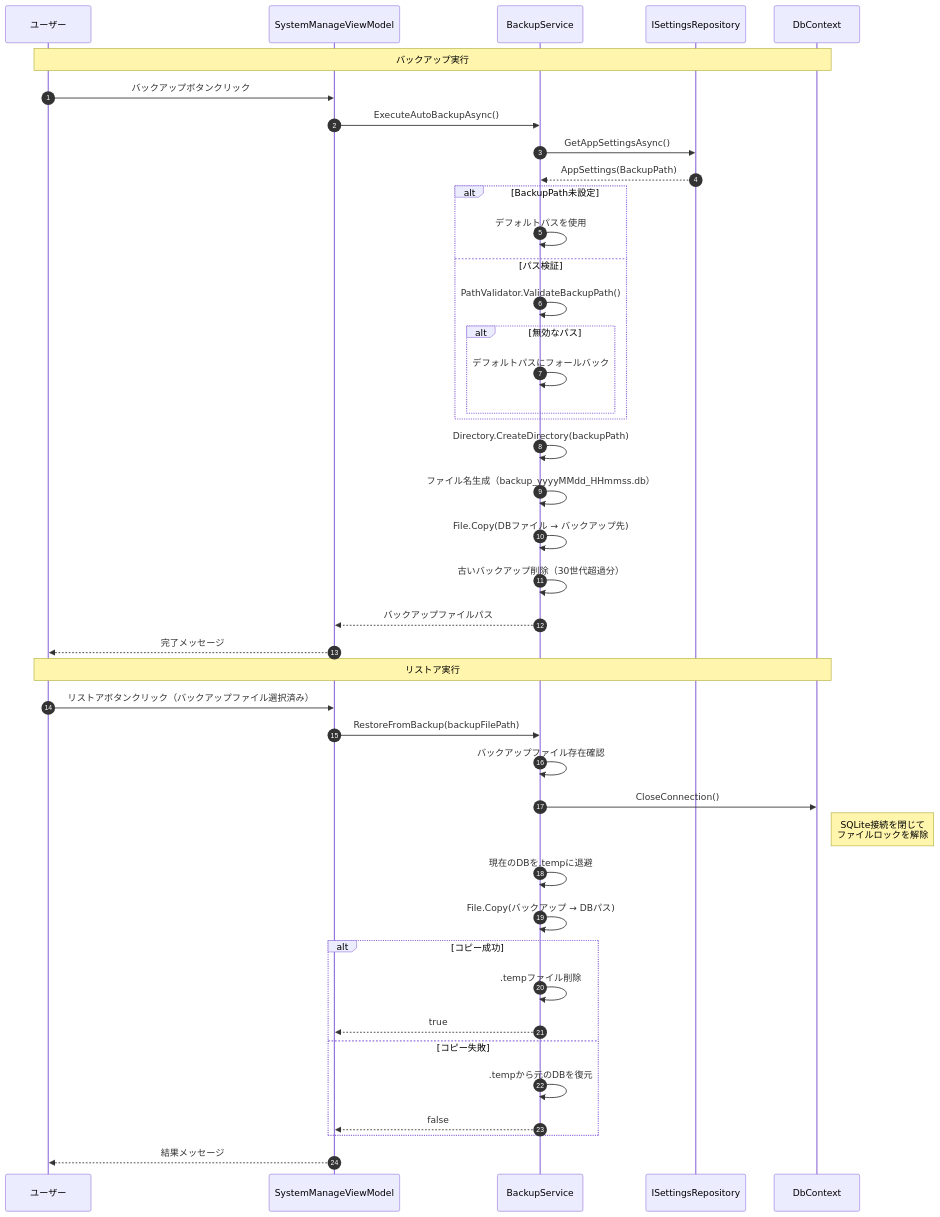
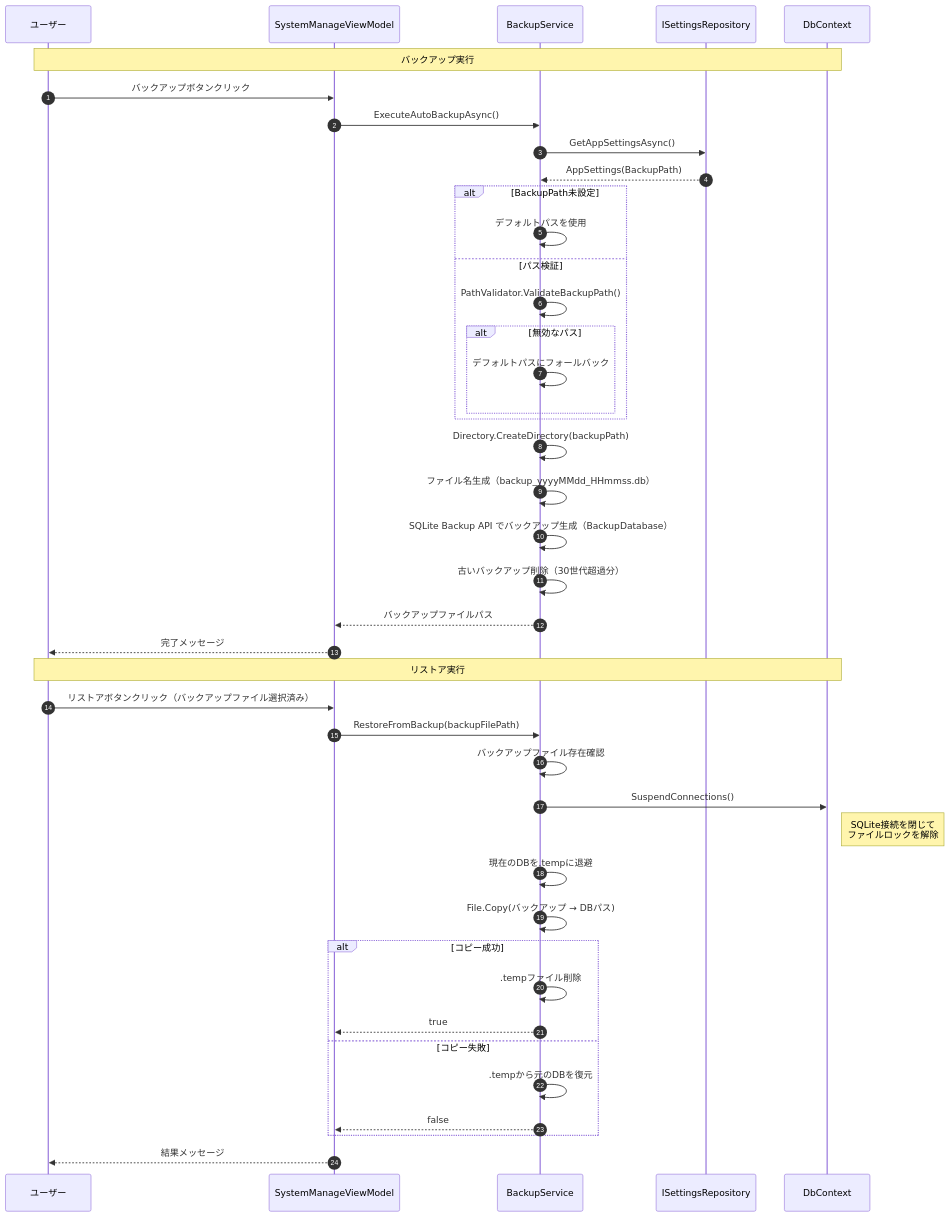
Diagram 12 of 14 in ICCardManager/docs/design/06_シーケンス図.md (kuwayamamasayuki/ICCardManager), drawn with Mermaid before and after one commit. The commit also changed other lines of this file, not shown here.

First line of the commit message:
docs: 06_シーケンス図を実装へ整合（サウンドAPI・バックアップ手段・用語）（ドリフト監査 D1/D9） (#1644)

````diff
--- a/ICCardManager/docs/design/06_シーケンス図.md
+++ b/ICCardManager/docs/design/06_シーケンス図.md
@@ -643,56 +643,56 @@
 ```mermaid
 sequenceDiagram
     autonumber
     participant User as ユーザー
     participant VM as SystemManageViewModel
     participant BS as BackupService
     participant SR as ISettingsRepository
     participant DB as DbContext
 
     Note over User,DB: バックアップ実行
 
     User->>VM: バックアップボタンクリック
     VM->>BS: ExecuteAutoBackupAsync()
 
     BS->>SR: GetAppSettingsAsync()
     SR-->>BS: AppSettings(BackupPath)
 
     alt BackupPath未設定
         BS->>BS: デフォルトパスを使用
     else パス検証
         BS->>BS: PathValidator.ValidateBackupPath()
         alt 無効なパス
             BS->>BS: デフォルトパスにフォールバック
         end
     end
 
     BS->>BS: Directory.CreateDirectory(backupPath)
     BS->>BS: ファイル名生成（backup_yyyyMMdd_HHmmss.db）
-    BS->>BS: File.Copy(DBファイル → バックアップ先)
+    BS->>BS: SQLite Backup API でバックアップ生成（BackupDatabase）
     BS->>BS: 古いバックアップ削除（30世代超過分）
 
     BS-->>VM: バックアップファイルパス
     VM-->>User: 完了メッセージ
 
     Note over User,DB: リストア実行
 
     User->>VM: リストアボタンクリック（バックアップファイル選択済み）
     VM->>BS: RestoreFromBackup(backupFilePath)
 
     BS->>BS: バックアップファイル存在確認
-    BS->>DB: CloseConnection()
+    BS->>DB: SuspendConnections()
     Note right of DB: SQLite接続を閉じて<br/>ファイルロックを解除
 
     BS->>BS: 現在のDBを.tempに退避
     BS->>BS: File.Copy(バックアップ → DBパス)
 
     alt コピー成功
         BS->>BS: .tempファイル削除
         BS-->>VM: true
     else コピー失敗
         BS->>BS: .tempから元のDBを復元
         BS-->>VM: false
     end
 
     VM-->>User: 結果メッセージ
 ```
````
